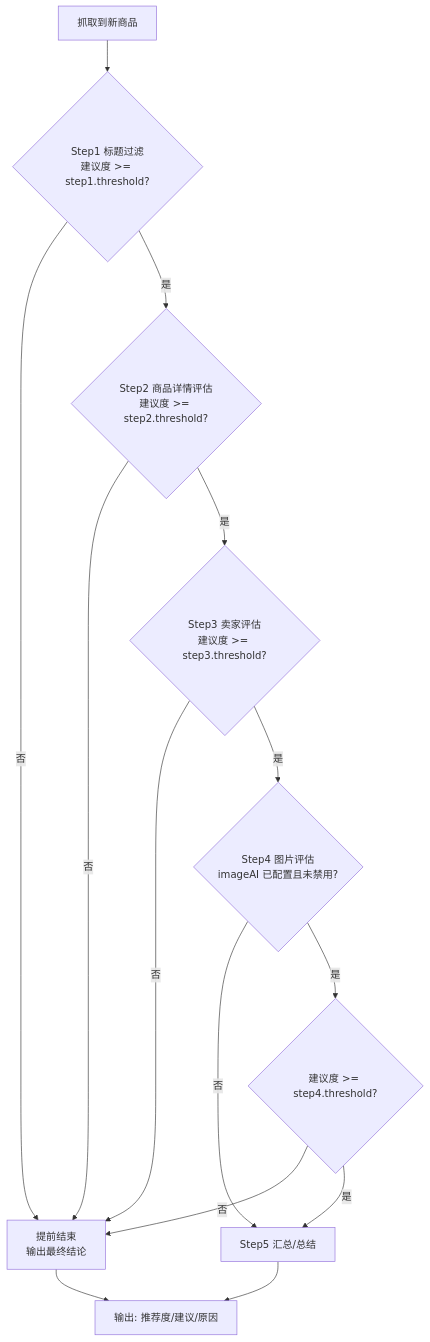
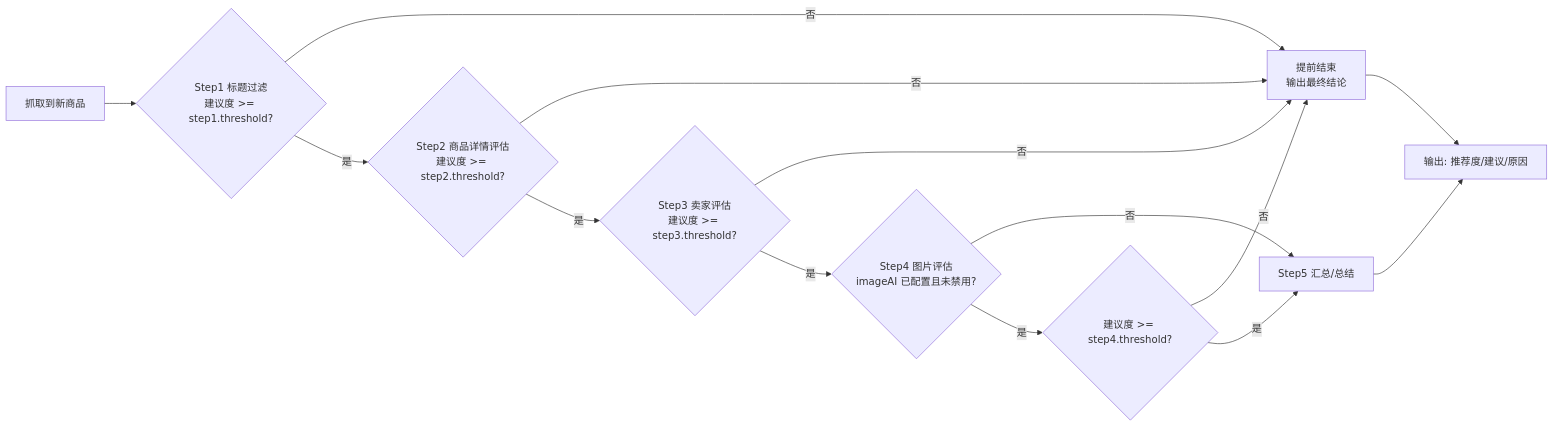
The diagram in README.md (just-ads/ai-goofish), drawn with Mermaid before and after one commit.

Commit message:
Change flowchart direction in evaluation process
Updated flowchart direction from TD to LR in evaluation process.

````diff
--- a/README.md
+++ b/README.md
@@ -81,16 +81,16 @@
 ```mermaid
-flowchart TD
+flowchart LR
   A[抓取到新商品] --> B{"Step1 标题过滤<br/>建议度 >= step1.threshold?"}
   B -->|否| X["提前结束<br/>输出最终结论"]
   B -->|是| C{"Step2 商品详情评估<br/>建议度 >= step2.threshold?"}
   C -->|否| X
   C -->|是| D{"Step3 卖家评估<br/>建议度 >= step3.threshold?"}
   D -->|否| X
   D -->|是| E{"Step4 图片评估<br/>imageAI 已配置且未禁用?"}
   E -->|否| F[Step5 汇总/总结]
   E -->|是| G{"建议度 >= step4.threshold?"}
   G -->|否| X
   G -->|是| F
   F --> H[输出: 推荐度/建议/原因]
   X --> H
 ```
````
